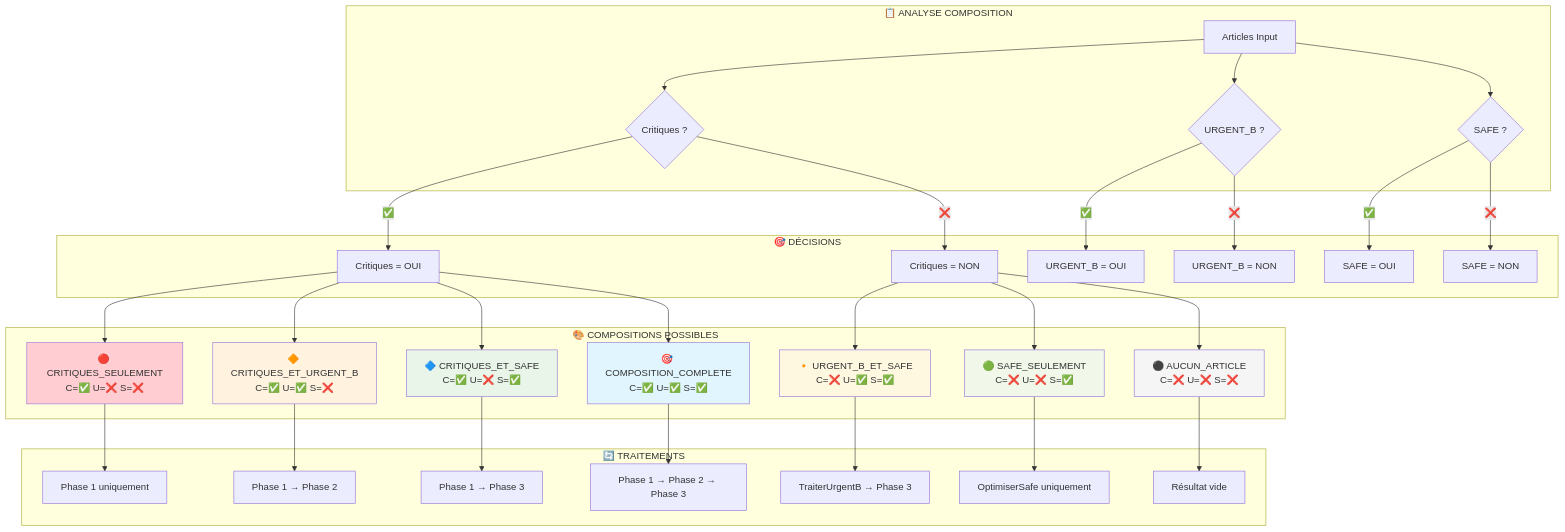
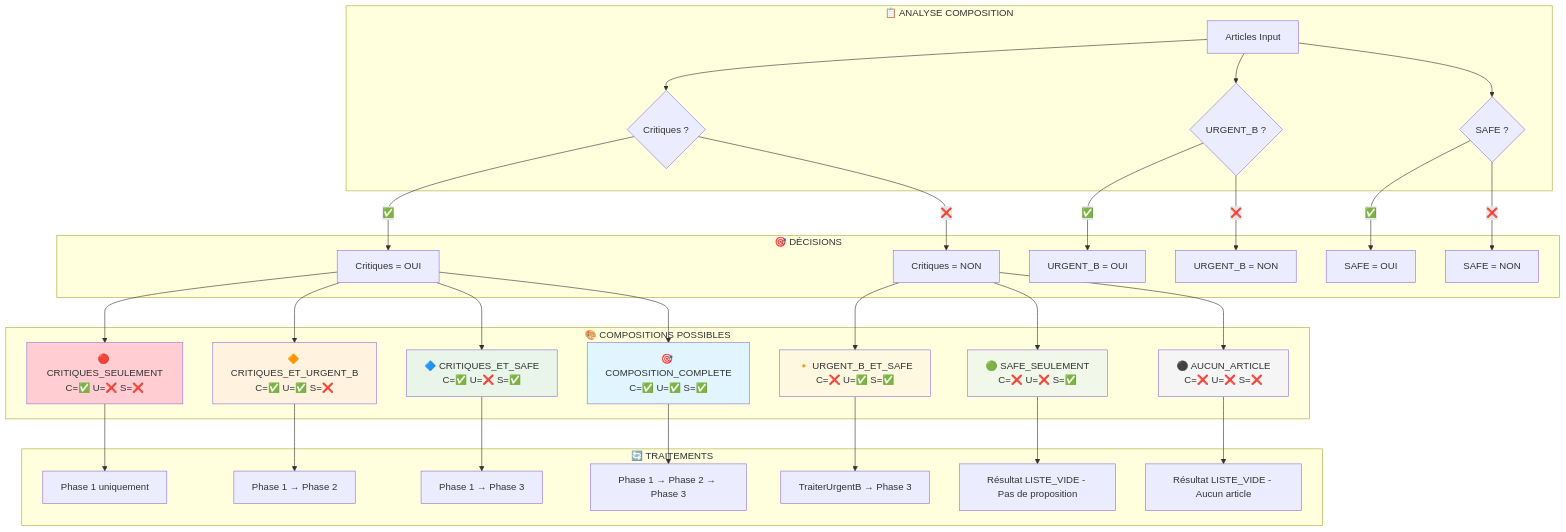
Before and after one commit to Singularity-Institute/PTL-r-appro-: the fourth of 5 diagrams in Diagrammes-OptimiserColis-Visuels.md, drawn with Mermaid. The commit also changed other lines of this file, not shown here.

````diff
--- a/Diagrammes-OptimiserColis-Visuels.md
+++ b/Diagrammes-OptimiserColis-Visuels.md
@@ -226,46 +224,46 @@
 ```mermaid
 graph TB
     subgraph " 📋 ANALYSE COMPOSITION "
         Input[Articles Input] --> C{Critiques ?}
         Input --> U{URGENT_B ?}
         Input --> S{SAFE ?}
     end
 
     subgraph " 🎯 DÉCISIONS "
         C -->|✅| CYes[Critiques = OUI]
         C -->|❌| CNo[Critiques = NON]
         U -->|✅| UYes[URGENT_B = OUI]
         U -->|❌| UNo[URGENT_B = NON]
         S -->|✅| SYes[SAFE = OUI]
         S -->|❌| SNo[SAFE = NON]
     end
 
     subgraph " 🎨 COMPOSITIONS POSSIBLES "
         CYes --> Case1[🔴 CRITIQUES_SEULEMENT<br/>C=✅ U=❌ S=❌]
         CYes --> Case2[🔶 CRITIQUES_ET_URGENT_B<br/>C=✅ U=✅ S=❌]
         CYes --> Case3[🔷 CRITIQUES_ET_SAFE<br/>C=✅ U=❌ S=✅]
         CYes --> Case4[🎯 COMPOSITION_COMPLETE<br/>C=✅ U=✅ S=✅]
 
         CNo --> Case5[🔸 URGENT_B_ET_SAFE<br/>C=❌ U=✅ S=✅]
         CNo --> Case6[🟢 SAFE_SEULEMENT<br/>C=❌ U=❌ S=✅]
         CNo --> Case7[⚫ AUCUN_ARTICLE<br/>C=❌ U=❌ S=❌]
     end
 
     subgraph " 🔄 TRAITEMENTS "
         Case1 --> Trait1[Phase 1 uniquement]
         Case2 --> Trait2[Phase 1 → Phase 2]
         Case3 --> Trait3[Phase 1 → Phase 3]
         Case4 --> Trait4[Phase 1 → Phase 2 → Phase 3]
         Case5 --> Trait5[TraiterUrgentB → Phase 3]
-        Case6 --> Trait6[OptimiserSafe uniquement]
-        Case7 --> Trait7[Résultat vide]
+        Case6 --> Trait6[Résultat LISTE_VIDE - Pas de proposition]
+        Case7 --> Trait7[Résultat LISTE_VIDE - Aucun article]
     end
 
     style Case1 fill:#ffcdd2
     style Case2 fill:#fff3e0
     style Case3 fill:#e8f5e8
     style Case4 fill:#e1f5fe
     style Case5 fill:#fff8e1
     style Case6 fill:#f1f8e9
     style Case7 fill:#f5f5f5
 ```
````
